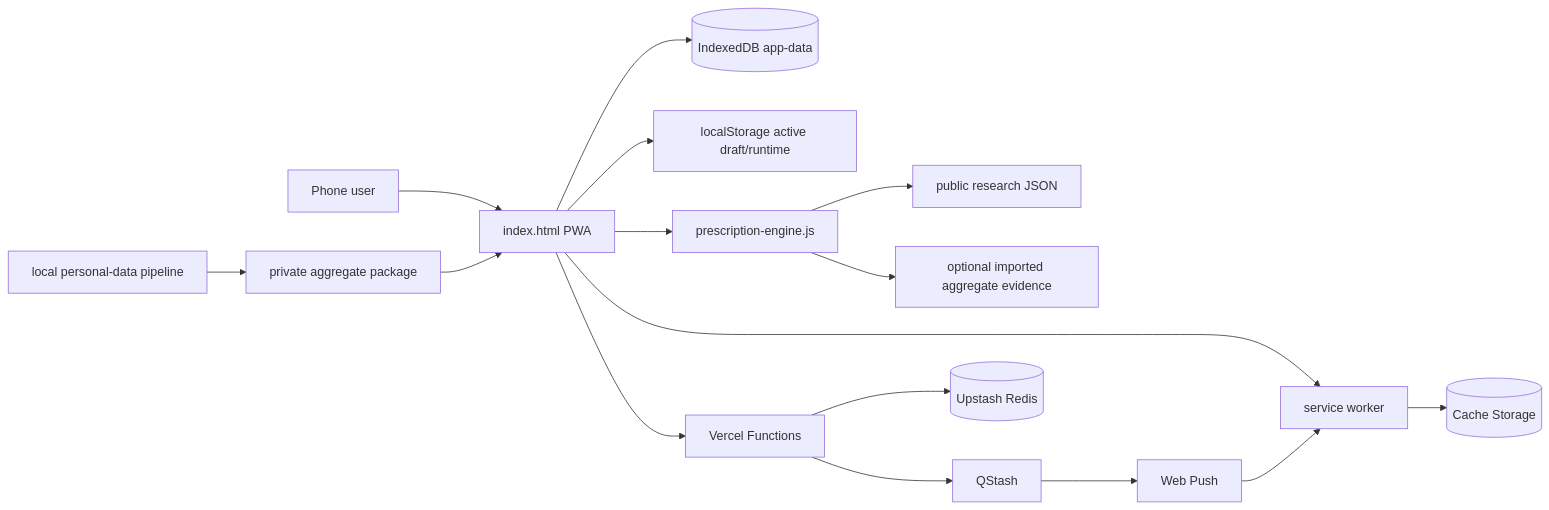
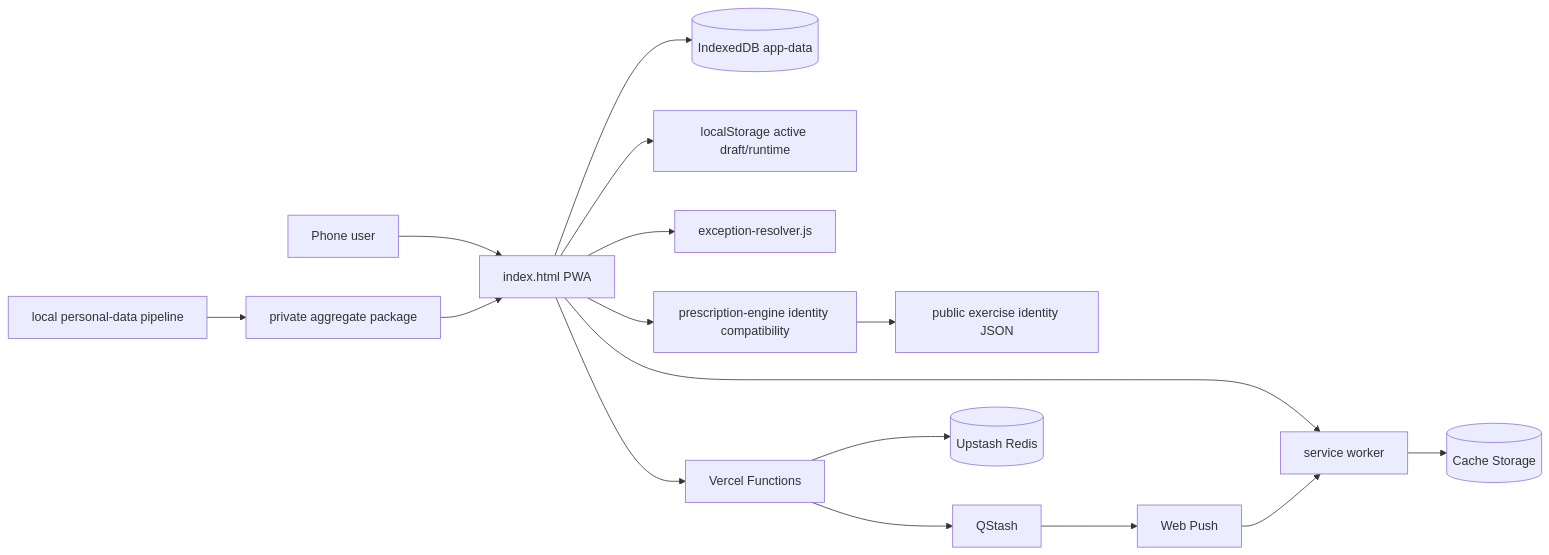
Before and after one commit to emills314-star/comprehensive-fitness: the first of 3 diagrams in docs/ARCHITECTURE.md, drawn with Mermaid. The commit also changed other lines of this file and 18 other files, not shown here.

````diff
--- a/docs/ARCHITECTURE.md
+++ b/docs/ARCHITECTURE.md
@@ -78,18 +78,18 @@
 ```mermaid
 flowchart LR
   User[Phone user] --> UI[index.html PWA]
   UI --> IDB[(IndexedDB app-data)]
   UI --> Draft[localStorage active draft/runtime]
-  UI --> Engine[prescription-engine.js]
-  Engine --> Research[public research JSON]
-  Engine --> Private[optional imported aggregate evidence]
+  UI --> Resolver[exception-resolver.js]
+  UI --> Identity[prescription-engine identity compatibility]
+  Identity --> Research[public exercise identity JSON]
   UI --> SW[service worker]
   SW --> Cache[(Cache Storage)]
   UI --> API[Vercel Functions]
   API --> Redis[(Upstash Redis)]
   API --> QStash[QStash]
   QStash --> Push[Web Push]
   Push --> SW
   Pipeline[local personal-data pipeline] --> Package[private aggregate package]
   Package --> UI
 ```
````
